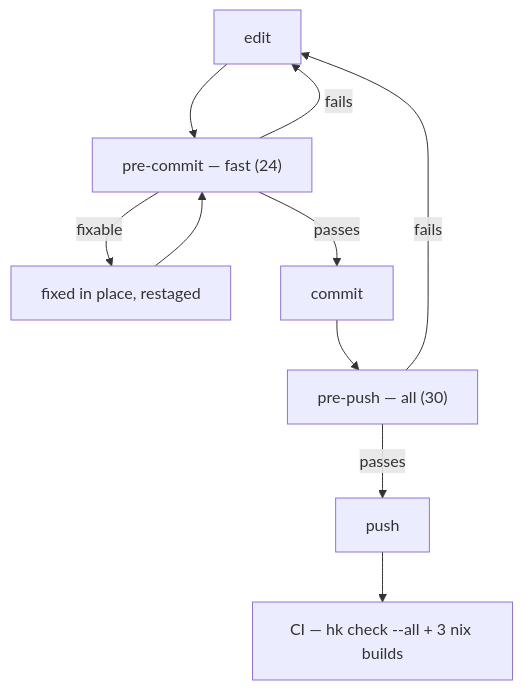
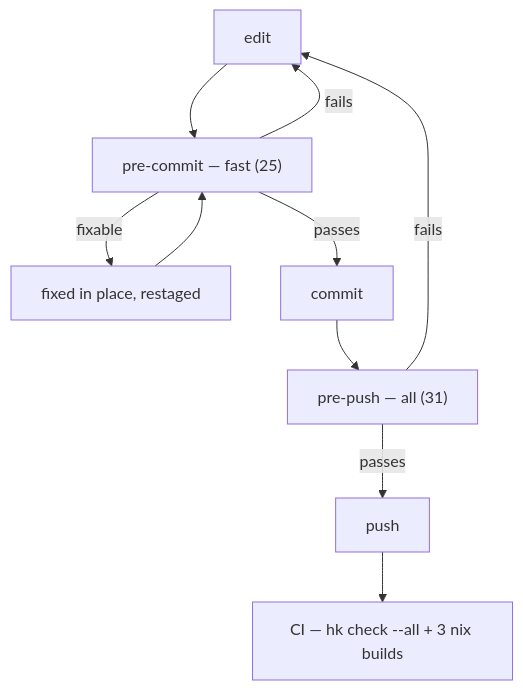
One commit to pr0d1r2/itok changed the diagram in docs/INTEGRATION.md. Above: the diagram before and after it, drawn with Mermaid. The commit also changed other lines of this file and 3 other files, not shown here.

````diff
--- a/docs/INTEGRATION.md
+++ b/docs/INTEGRATION.md
@@ -47,12 +47,12 @@
 ```mermaid
 flowchart TD
-    A["edit"] --> B["pre-commit — fast (24)"]
+    A["edit"] --> B["pre-commit — fast (25)"]
     B -->|fixable| B2["fixed in place, restaged"]
     B2 --> B
     B -->|fails| A
     B -->|passes| C["commit"]
-    C --> D["pre-push — all (30)"]
+    C --> D["pre-push — all (31)"]
     D -->|fails| A
     D -->|passes| E["push"]
     E --> F["CI — hk check --all + 3 nix builds"]
 ```
````
